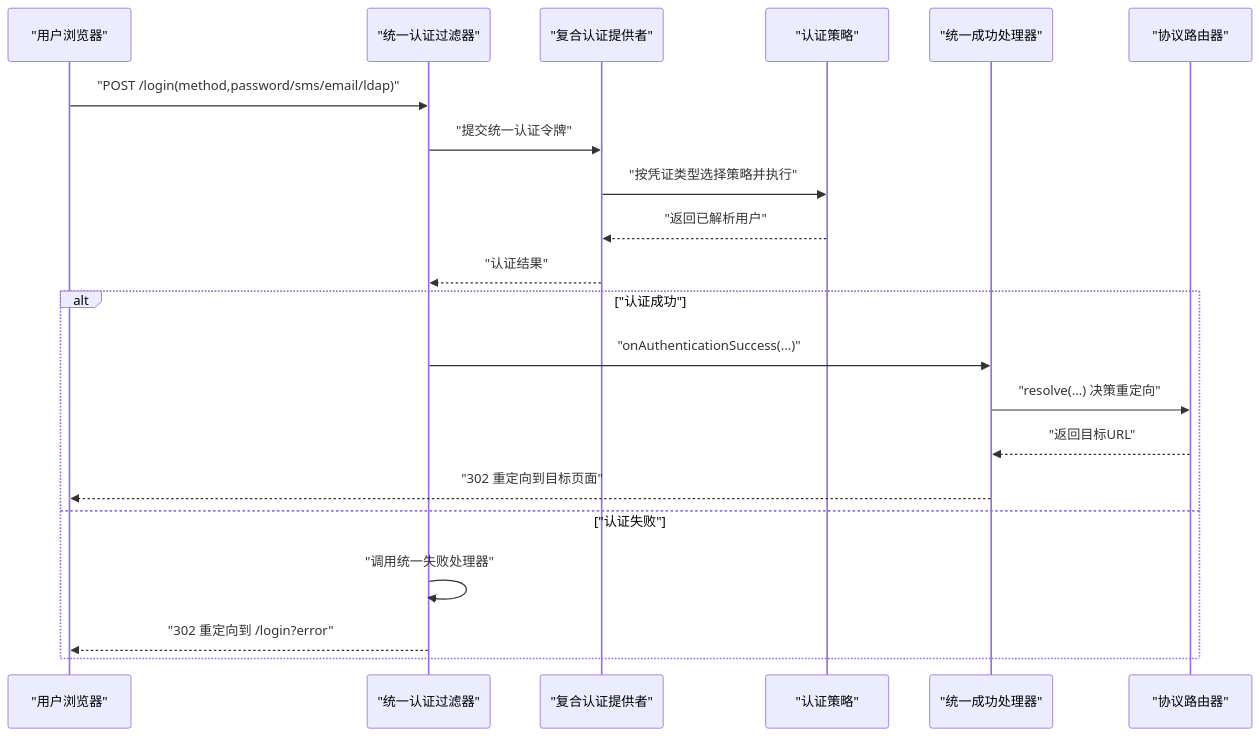
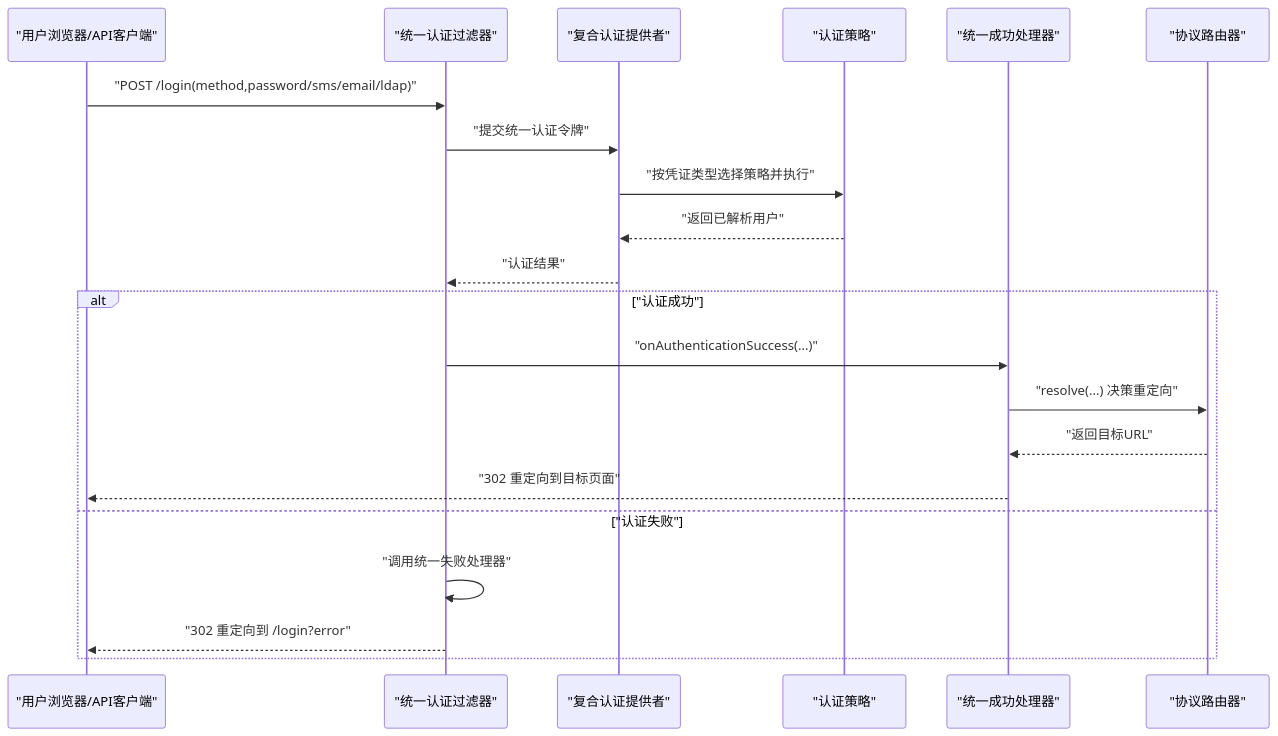
Before and after one commit to fq0121104930716/iam-platform: the second of 9 diagrams in .qoder/repowiki/zh/content/项目概述/项目结构/认证服务器 (iam-auth-server)/安全过滤器.md, drawn with Mermaid. The commit also changed other lines of this file and 13 other files, not shown here.

````diff
--- a/.qoder/repowiki/zh/content/项目概述/项目结构/认证服务器 (iam-auth-server)/安全过滤器.md
+++ b/.qoder/repowiki/zh/content/项目概述/项目结构/认证服务器 (iam-auth-server)/安全过滤器.md
@@ -105,23 +112,23 @@
 ```mermaid
 sequenceDiagram
-participant U as "用户浏览器"
+participant U as "用户浏览器/API客户端"
 participant F as "统一认证过滤器"
 participant P as "复合认证提供者"
 participant S as "认证策略"
 participant H as "统一成功处理器"
 participant R as "协议路由器"
 U->>F : "POST /login(method,password/sms/email/ldap)"
 F->>P : "提交统一认证令牌"
 P->>S : "按凭证类型选择策略并执行"
 S-->>P : "返回已解析用户"
 P-->>F : "认证结果"
 alt "认证成功"
 F->>H : "onAuthenticationSuccess(...)"
 H->>R : "resolve(...) 决策重定向"
 R-->>H : "返回目标URL"
 H-->>U : "302 重定向到目标页面"
 else "认证失败"
 F->>F : "调用统一失败处理器"
 F-->>U : "302 重定向到 /login?error"
 end
 ```
````
